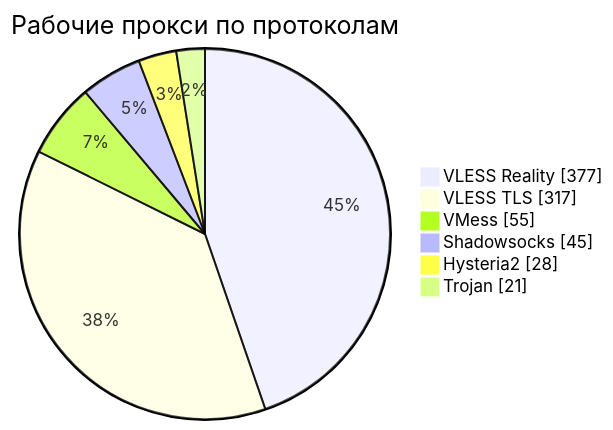
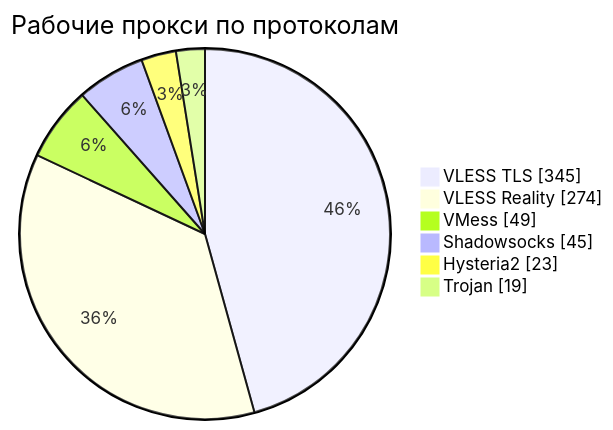
One commit to rvvg/proxy-subs changed the third of 4 diagrams in README.md. Above: the diagram before and after it, drawn with Mermaid. The commit also changed other lines of this file and 51 other files, not shown here.

````diff
--- a/README.md
+++ b/README.md
@@ -141,10 +136,10 @@
 ```mermaid
 pie showData
     title Рабочие прокси по протоколам
-    "VLESS Reality" : 377
-    "VLESS TLS" : 317
-    "VMess" : 55
+    "VLESS TLS" : 345
+    "VLESS Reality" : 274
+    "VMess" : 49
     "Shadowsocks" : 45
-    "Hysteria2" : 28
-    "Trojan" : 21
+    "Hysteria2" : 23
+    "Trojan" : 19
 ```
````
